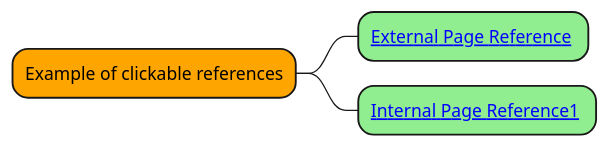
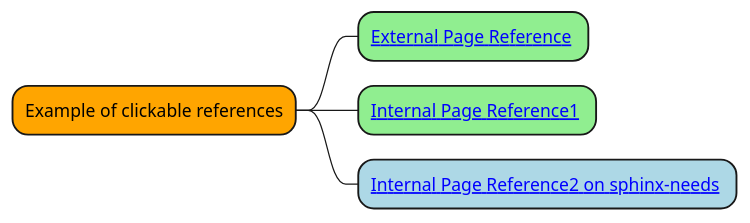
The diagram in docs/_sources/test/test-plantuml1.rst (mi-parkes/sphinx-diagram-connect), drawn with PlantUML before and after one commit. The commit also changed 71 other files, not shown here.

Commit message:
Adding implementation and examples resolving references to sphinx-needs

```diff
--- a/docs/_sources/test/test-plantuml1.rst
+++ b/docs/_sources/test/test-plantuml1.rst
@@ -6,11 +6,12 @@
 .. uml::
     :caption: PlantUML Caption with **bold** and *italic*
     :name: PlantUML Label1
 
     @startmindmap mindmap1
 
     *[#Orange] Example of clickable references
     **[#lightgreen] [[ https://www.sphinx-doc.org/en/master/ External Page Reference ]]
     **[#lightgreen] [[ ":ref:`Heading 2`" Internal Page Reference1 ]]
+    **[#lightblue] [[ ":ref:`N_00002`" Internal Page Reference2 on sphinx-needs ]]
 
     @endmindmap
```
